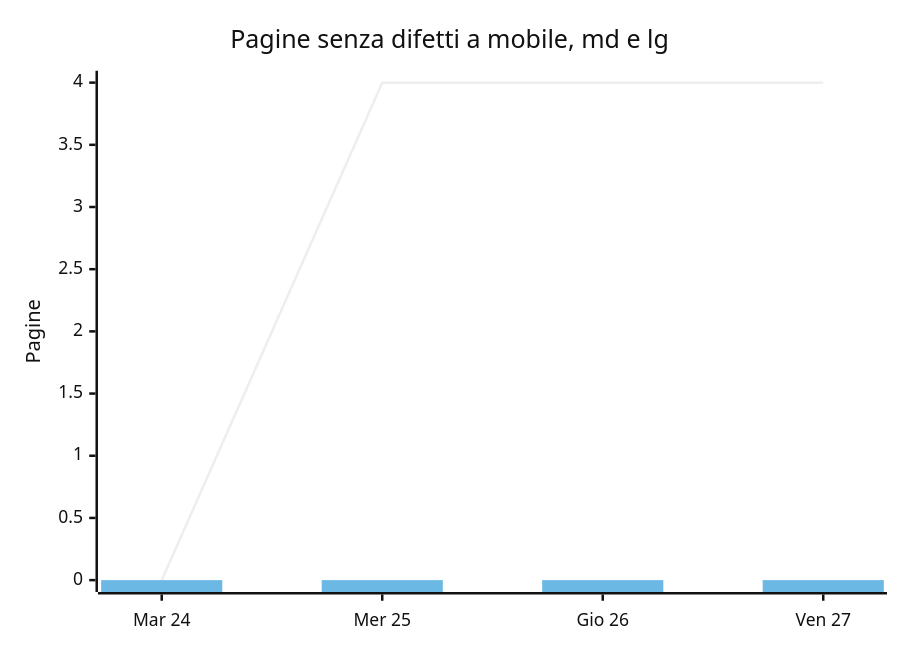
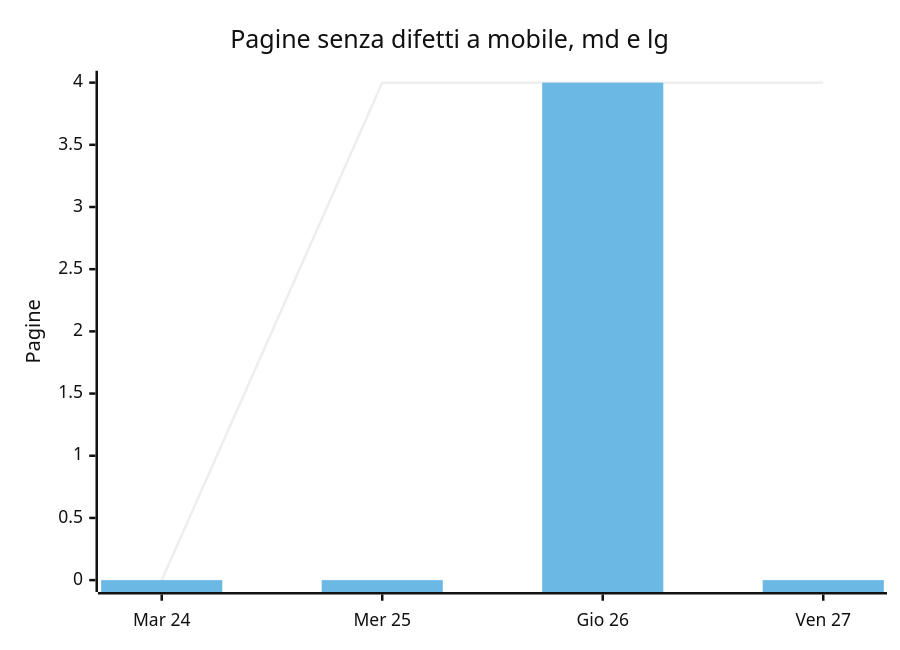
One commit to Ilbollit0/Team-3-progetto-buildweek-2 changed the sixth of 7 diagrams in docs/Controllo e monitoraggio.md. Above: the diagram before and after it, drawn with Mermaid (neutral theme). The commit also changed other lines of this file and 14 other files, not shown here.

````diff
--- a/docs/Controllo e monitoraggio.md
+++ b/docs/Controllo e monitoraggio.md
@@ -128,8 +137,8 @@
 ```mermaid
 xychart-beta
   title "Pagine senza difetti a mobile, md e lg"
   x-axis ["Mar 24", "Mer 25", "Gio 26", "Ven 27"]
   y-axis "Pagine" 0 --> 4
   line [0, 4, 4, 4]
-  bar [0, 0, 0, 0]
+  bar [0, 0, 4, 0]
 ```
````
